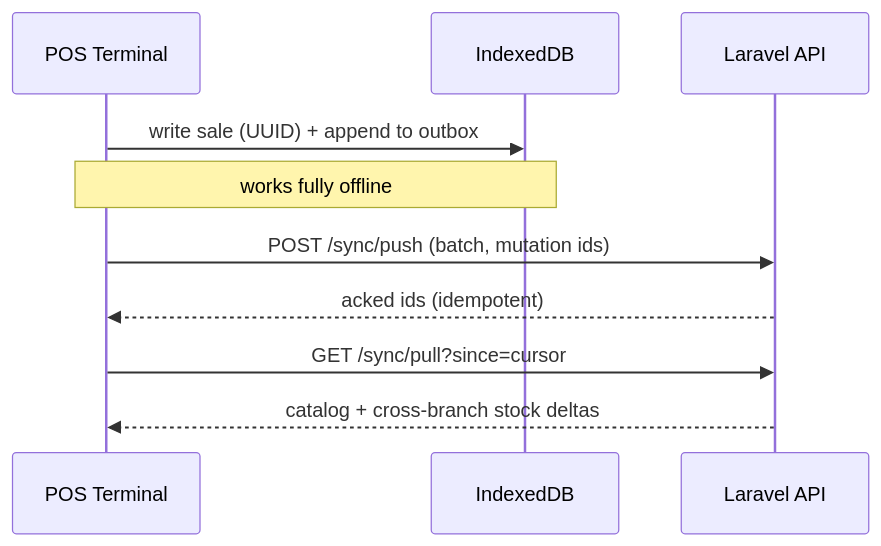
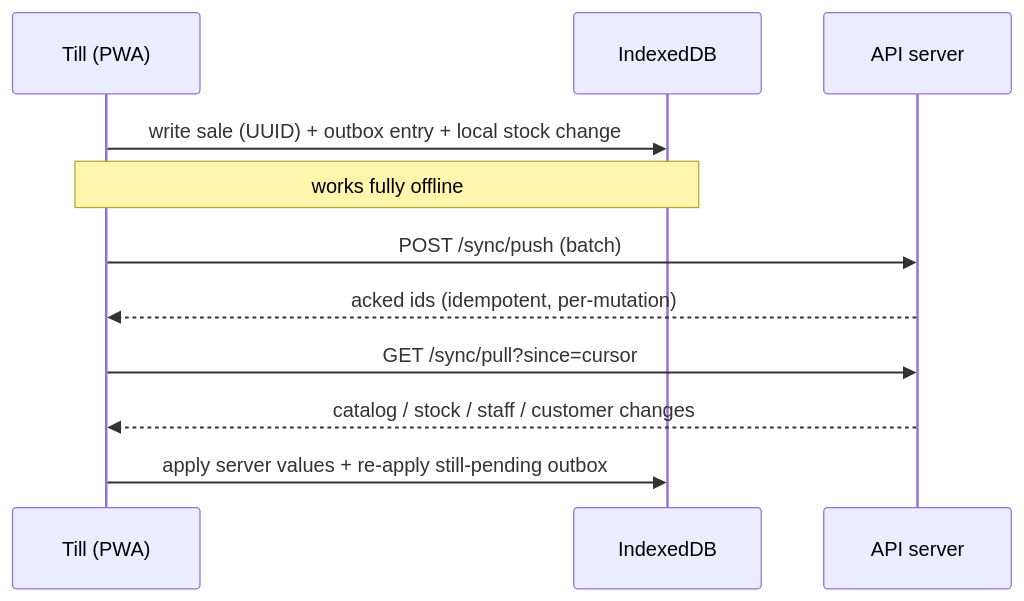
Before and after one commit to kunchikuni/SME-POS-System: the second of 2 diagrams in SME-POS/docs/ARCHITECTURE.md, drawn with Mermaid. The commit also changed other lines of this file and 2 other files, not shown here.

First line of the commit message:
Docs: replace obsolete Laravel setup and architecture with the Node stack

````diff
--- a/SME-POS/docs/ARCHITECTURE.md
+++ b/SME-POS/docs/ARCHITECTURE.md
@@ -139,12 +142,13 @@
 ```mermaid
 sequenceDiagram
-    participant Till as POS Terminal
+    participant Till as Till (PWA)
     participant IDB as IndexedDB
-    participant API as Laravel API
-    Till->>IDB: write sale (UUID) + append to outbox
+    participant API as API server
+    Till->>IDB: write sale (UUID) + outbox entry + local stock change
     Note over Till,IDB: works fully offline
-    Till->>API: POST /sync/push (batch, mutation ids)
-    API-->>Till: acked ids (idempotent)
+    Till->>API: POST /sync/push (batch)
+    API-->>Till: acked ids (idempotent, per-mutation)
     Till->>API: GET /sync/pull?since=cursor
-    API-->>Till: catalog + cross-branch stock deltas
+    API-->>Till: catalog / stock / staff / customer changes
+    Till->>IDB: apply server values + re-apply still-pending outbox
 ```
````
